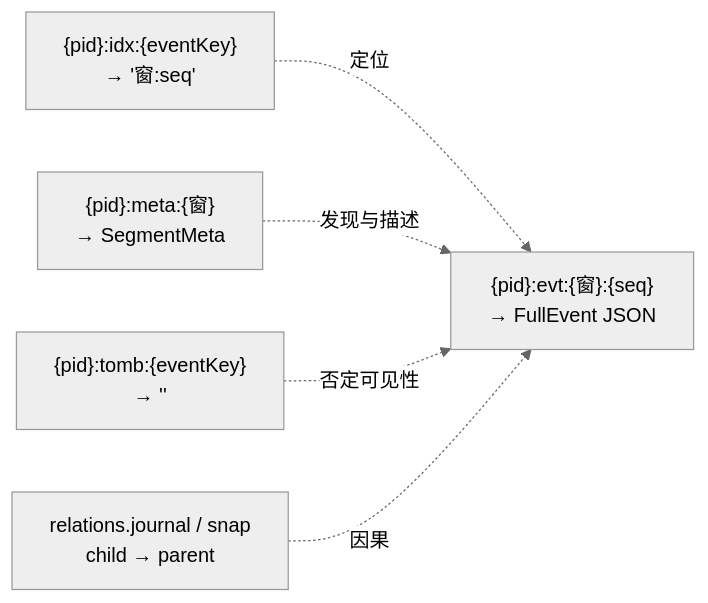
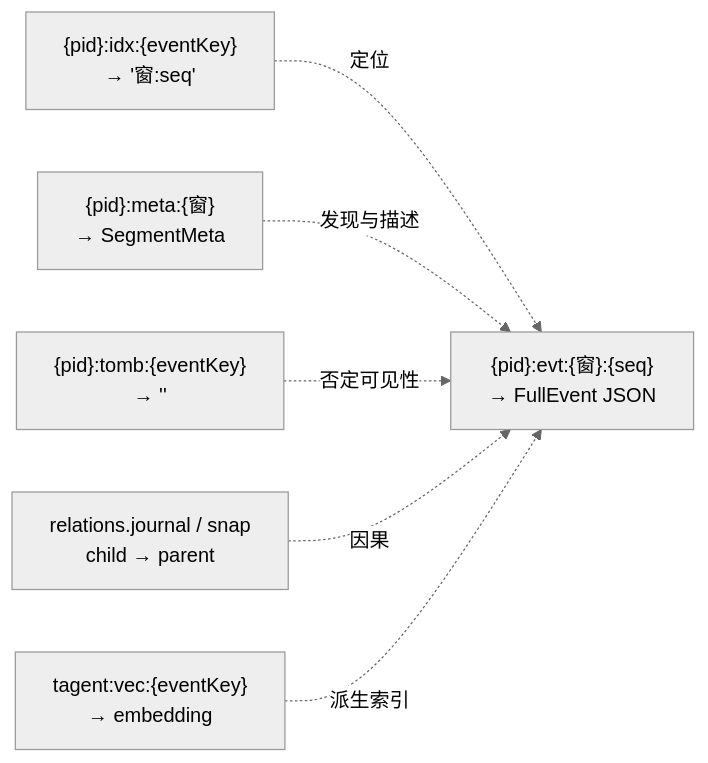
The ninth of 10 diagrams in docs/wiki/memory/memory-architecture.md (SpellingDragon/tagent), drawn with Mermaid (neutral theme) before and after one commit. The commit also changed other lines of this file and 6 other files, not shown here.

````diff
--- a/docs/wiki/memory/memory-architecture.md
+++ b/docs/wiki/memory/memory-architecture.md
@@ -1044,7 +1039,8 @@
 ```mermaid
 graph LR
     IDX["{pid}:idx:{eventKey}<br/>→ '窗:seq'"] -.定位.-> EVT["{pid}:evt:{窗}:{seq}<br/>→ FullEvent JSON"]
     META["{pid}:meta:{窗}<br/>→ SegmentMeta"] -.发现与描述.-> EVT
     TOMB["{pid}:tomb:{eventKey}<br/>→ ''"] -.否定可见性.-> EVT
     RELK["relations.journal / snap<br/>child → parent"] -.因果.-> EVT
+    VEC["tagent:vec:{eventKey}<br/>→ embedding"] -.派生索引.-> EVT
 ```
````
